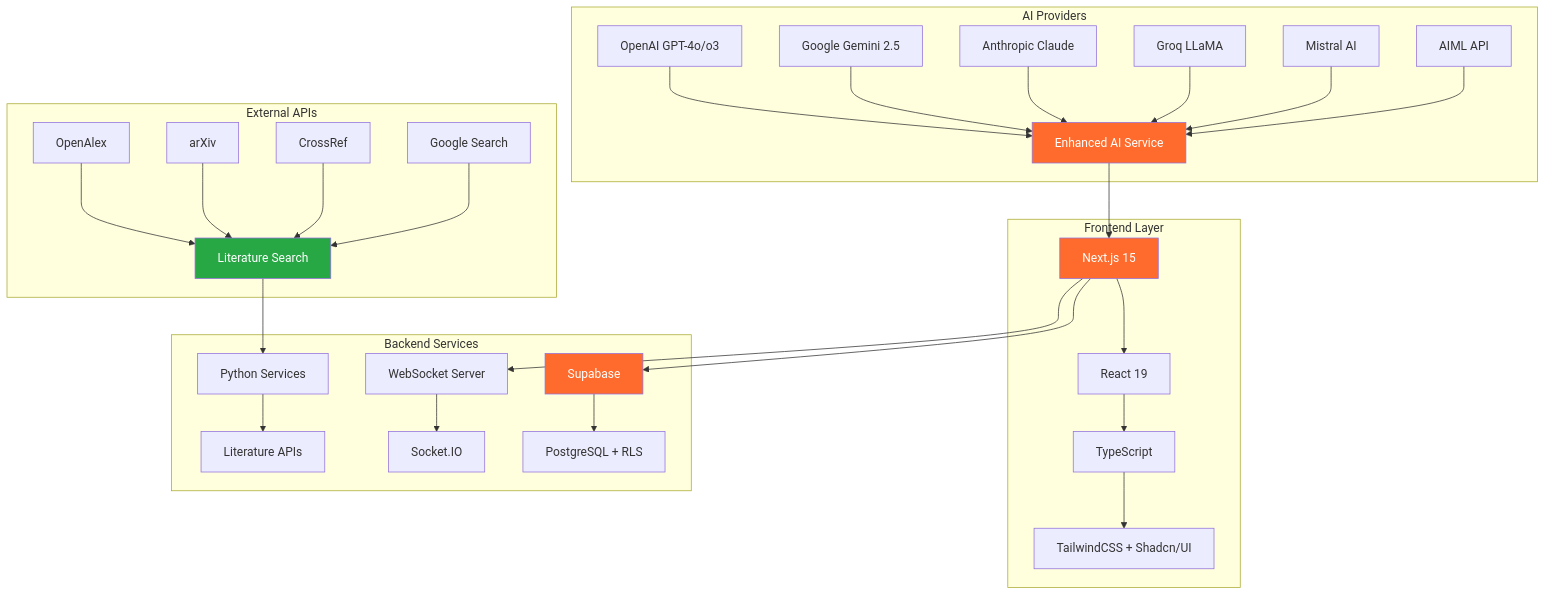
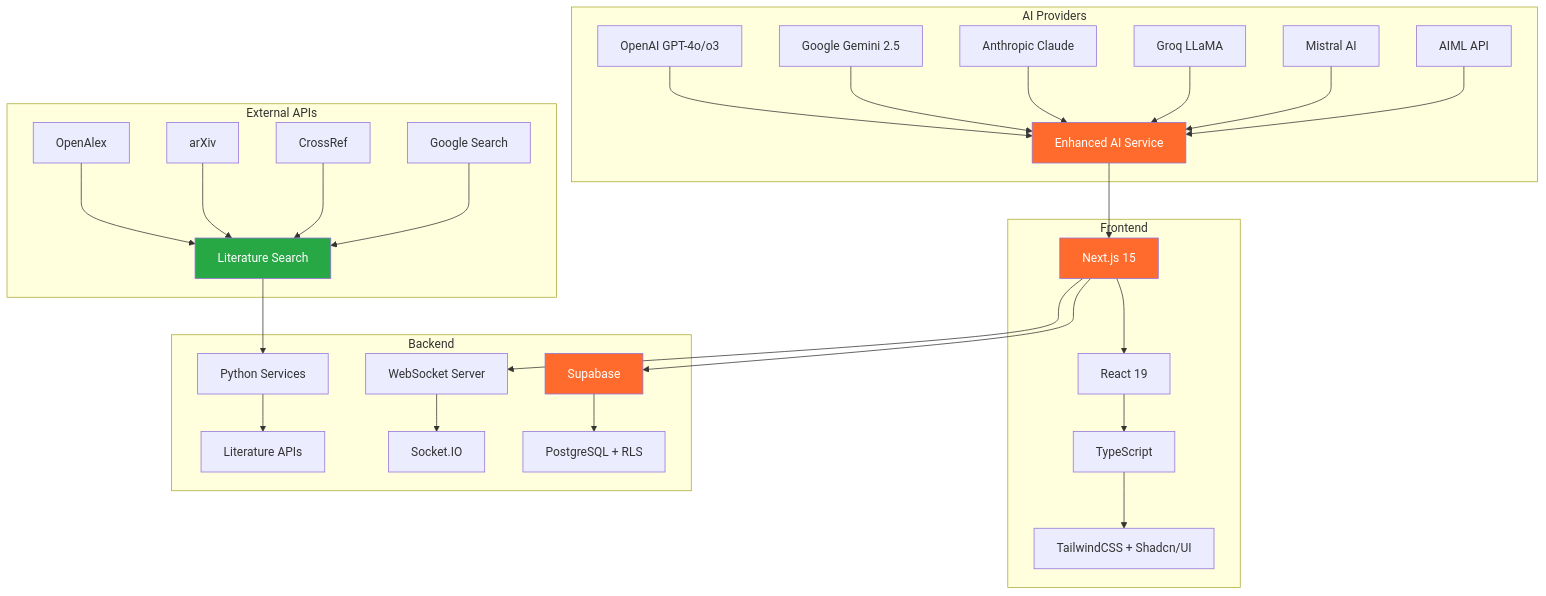
The first of 8 diagrams in README.md (Kedhareswer/thesisflow-ai), drawn with Mermaid before and after one commit. The commit also changed other lines of this file, not shown here.

````diff
--- a/README.md
+++ b/README.md
@@ -20,40 +18,40 @@
 ```mermaid
 graph TB
-    subgraph "Frontend Layer"
+    subgraph "Frontend"
         A[Next.js 15] --> B[React 19]
         B --> C[TypeScript]
         C --> D[TailwindCSS + Shadcn/UI]
     end
     
-    subgraph "Backend Services"
+    subgraph "Backend"
         E[Supabase] --> F[PostgreSQL + RLS]
         G[WebSocket Server] --> H[Socket.IO]
         I[Python Services] --> J[Literature APIs]
     end
     
     subgraph "AI Providers"
         K[OpenAI GPT-4o/o3] --> L[Enhanced AI Service]
         M[Google Gemini 2.5] --> L
         N[Anthropic Claude] --> L
         O[Groq LLaMA] --> L
         P[Mistral AI] --> L
         Q[AIML API] --> L
     end
     
     subgraph "External APIs"
         R[OpenAlex] --> S[Literature Search]
         T[arXiv] --> S
         U[CrossRef] --> S
         V[Google Search] --> S
     end
     
     A --> E
     A --> G
     L --> A
     S --> I
     
     style A fill:#FF6B2C,color:#fff
     style E fill:#FF6B2C,color:#fff
     style L fill:#FF6B2C,color:#fff
     style S fill:#28a745,color:#fff
 ```
````
